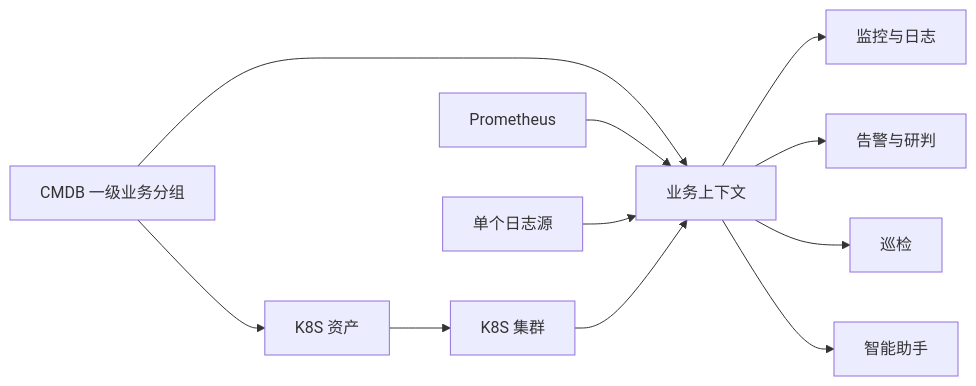
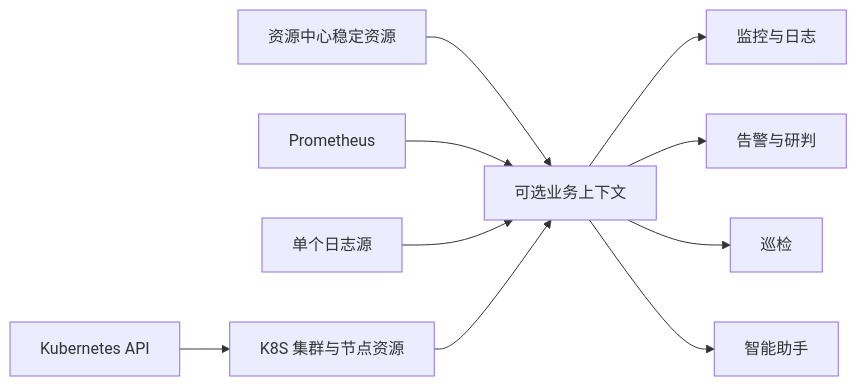
The second of 3 diagrams in docs/项目架构.md (zhang410781/xingcloud), drawn with Mermaid before and after one commit. The commit also changed other lines of this file and 53 other files, not shown here.

````diff
--- a/docs/项目架构.md
+++ b/docs/项目架构.md
@@ -70,13 +74,12 @@
 ```mermaid
 flowchart LR
-    group[CMDB 一级业务分组] --> context[业务上下文]
+    resource[资源中心稳定资源] --> context[可选业务上下文]
     prom[Prometheus] --> context
     log[单个日志源] --> context
-    group --> k8sasset[K8S 资产]
-    k8sasset --> cluster[K8S 集群]
+    k8sapi[Kubernetes API] --> cluster[K8S 集群与节点资源]
     cluster --> context
     context --> dashboard[监控与日志]
     context --> alert[告警与研判]
     context --> inspect[巡检]
     context --> assistant[智能助手]
 ```
````
